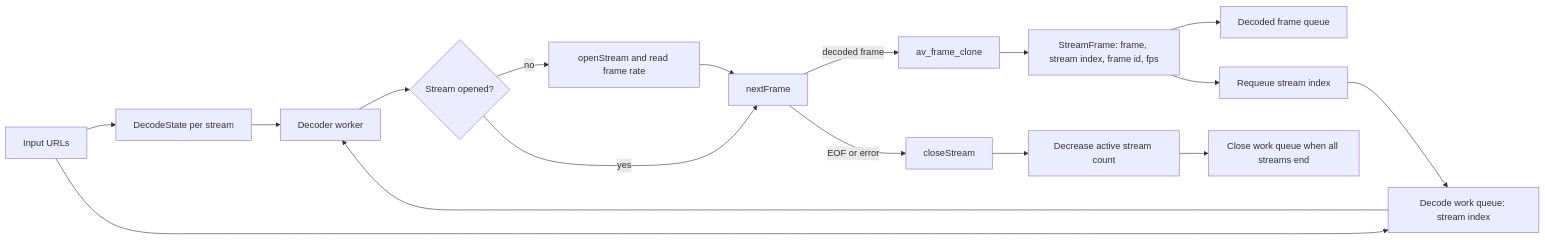
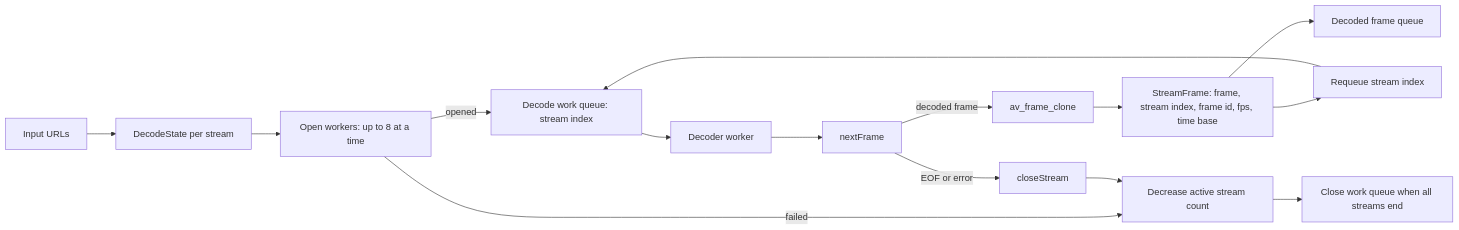
Before and after one commit to RazinAI/argus: the second of 7 diagrams in README.md, drawn with Mermaid. The commit also changed other lines of this file and 9 other files, not shown here.

````diff
--- a/README.md
+++ b/README.md
@@ -219,19 +236,17 @@
 ```mermaid
 flowchart LR
     urls[Input URLs] --> states[DecodeState per stream]
-    urls --> work_q[Decode work queue: stream index]
+    states --> openers[Open workers: up to 8 at a time]
+    openers -- opened --> work_q[Decode work queue: stream index]
+    openers -- failed --> active_count
     work_q --> worker[Decoder worker]
-    states --> worker
-    worker --> opened{Stream opened?}
-    opened -- no --> open_stream[openStream and read frame rate]
-    opened -- yes --> next_frame[nextFrame]
-    open_stream --> next_frame
+    worker --> next_frame[nextFrame]
     next_frame -- decoded frame --> clone[av_frame_clone]
-    clone --> stream_frame[StreamFrame: frame, stream index, frame id, fps]
+    clone --> stream_frame[StreamFrame: frame, stream index, frame id, fps, time base]
     stream_frame --> decoded_q[Decoded frame queue]
     stream_frame --> requeue[Requeue stream index]
     requeue --> work_q
     next_frame -- EOF or error --> close_stream[closeStream]
     close_stream --> active_count[Decrease active stream count]
     active_count --> maybe_close[Close work queue when all streams end]
 ```
````
